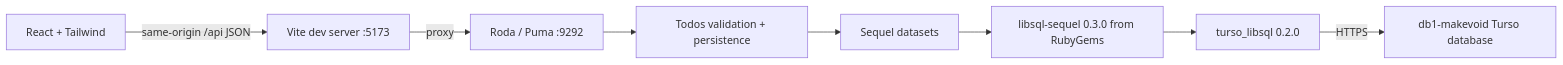
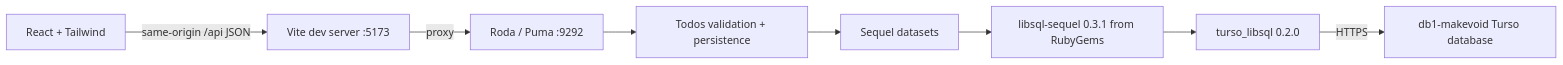
The diagram in docs/architecture.md (makevoid/roda-turso-app), drawn with Mermaid before and after one commit. The commit also changed 6 other files, not shown here.

Commit message:
Update libsql-sequel to 0.3.1

````diff
--- a/docs/architecture.md
+++ b/docs/architecture.md
@@ -5,10 +5,10 @@
 ```mermaid
 flowchart LR
   Browser[React + Tailwind] -->|same-origin /api JSON| Vite[Vite dev server :5173]
   Vite -->|proxy| Roda[Roda / Puma :9292]
   Roda --> Todos[Todos validation + persistence]
   Todos --> Sequel[Sequel datasets]
-  Sequel --> Adapter[libsql-sequel 0.3.0 from RubyGems]
+  Sequel --> Adapter[libsql-sequel 0.3.1 from RubyGems]
   Adapter --> Native[turso_libsql 0.2.0]
   Native -->|HTTPS| Turso[db1-makevoid Turso database]
 ```
````
